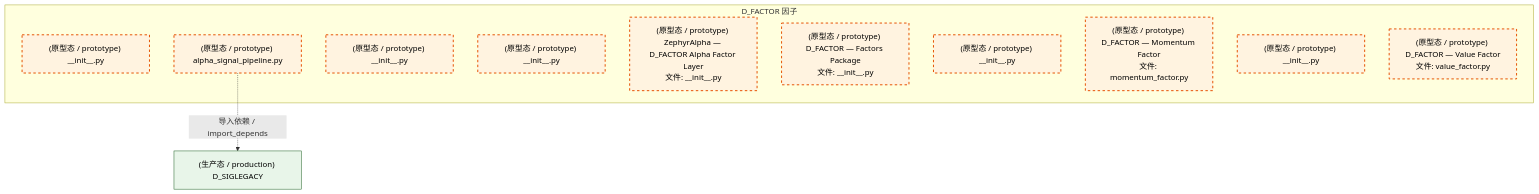
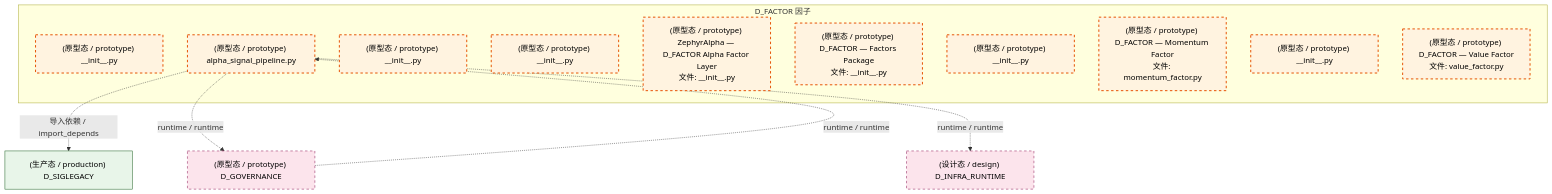
The third of 4 diagrams in docs/02_enterprise_architecture/02_domain_architecture_docs/36_d_factor.md (xuanFelixVan/ZephyrAlpha), drawn with Mermaid before and after one commit. The commit also changed other lines of this file and 126 other files, not shown here.

````diff
--- a/docs/02_enterprise_architecture/02_domain_architecture_docs/36_d_factor.md
+++ b/docs/02_enterprise_architecture/02_domain_architecture_docs/36_d_factor.md
@@ -150,23 +157,29 @@
 ```mermaid
 graph TD
     subgraph D_FACTOR["D_FACTOR 因子"]
         src_zephyr_factor_extensions_init_py["(原型态 / prototype) __init__.py"]
         src_zephyr_factor_alpha_signal_pipeline_py["(原型态 / prototype) alpha_signal_pipeline.py"]
         src_zephyr_factor_api_init_py["(原型态 / prototype) __init__.py"]
         src_zephyr_factor_core_init_py["(原型态 / prototype) __init__.py"]
         src_zephyr_factor_ctr_001_consumer_init_py["(原型态 / prototype) ZephyrAlpha — D_FACTOR Alpha Factor Layer<br/>文件: __init__.py"]
         src_zephyr_factor_engine_init_py["(原型态 / prototype) D_FACTOR — Factors Package<br/>文件: __init__.py"]
         src_zephyr_factor_infrastructure_init_py["(原型态 / prototype) __init__.py"]
         src_zephyr_factor_momentum_factor_py["(原型态 / prototype) D_FACTOR — Momentum Factor<br/>文件: momentum_factor.py"]
         src_zephyr_factor_services_init_py["(原型态 / prototype) __init__.py"]
         src_zephyr_factor_value_factor_py["(原型态 / prototype) D_FACTOR — Value Factor<br/>文件: value_factor.py"]
     end
     D_SIGLEGACY["(生产态 / production) D_SIGLEGACY"]
     src_zephyr_factor_alpha_signal_pipeline_py -.->|导入依赖 / import_depends| D_SIGLEGACY
+    D_GOVERNANCE["(原型态 / prototype) D_GOVERNANCE"]
+    src_zephyr_factor_alpha_signal_pipeline_py -.->|runtime / runtime| D_GOVERNANCE
+    D_INFRA_RUNTIME["(设计态 / design) D_INFRA_RUNTIME"]
+    src_zephyr_factor_alpha_signal_pipeline_py -.->|runtime / runtime| D_INFRA_RUNTIME
+    D_GOVERNANCE -.->|runtime / runtime| src_zephyr_factor_alpha_signal_pipeline_py
     classDef production fill:#e1f5fe,stroke:#01579b,stroke-width:2px,color:#000
     classDef design fill:#fff3e0,stroke:#e65100,stroke-width:2px,color:#000,stroke-dasharray: 5 5
     classDef external_prod fill:#e8f5e9,stroke:#1b5e20,stroke-width:1px,color:#000
     classDef external_design fill:#fce4ec,stroke:#880e4f,stroke-width:1px,color:#000,stroke-dasharray: 5 5
     class src_zephyr_factor_extensions_init_py,src_zephyr_factor_alpha_signal_pipeline_py,src_zephyr_factor_api_init_py,src_zephyr_factor_core_init_py,src_zephyr_factor_ctr_001_consumer_init_py,src_zephyr_factor_engine_init_py,src_zephyr_factor_infrastructure_init_py,src_zephyr_factor_momentum_factor_py,src_zephyr_factor_services_init_py,src_zephyr_factor_value_factor_py design
     class D_SIGLEGACY external_prod
+    class D_GOVERNANCE,D_INFRA_RUNTIME external_design
 ```
````
